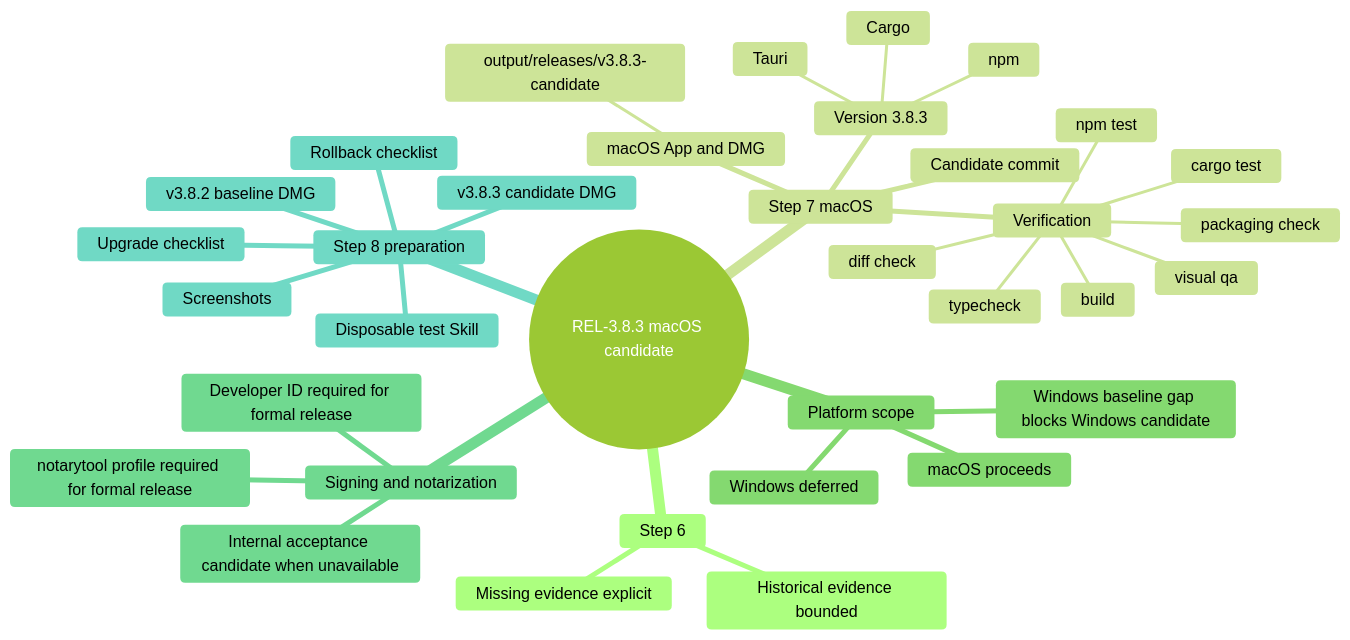
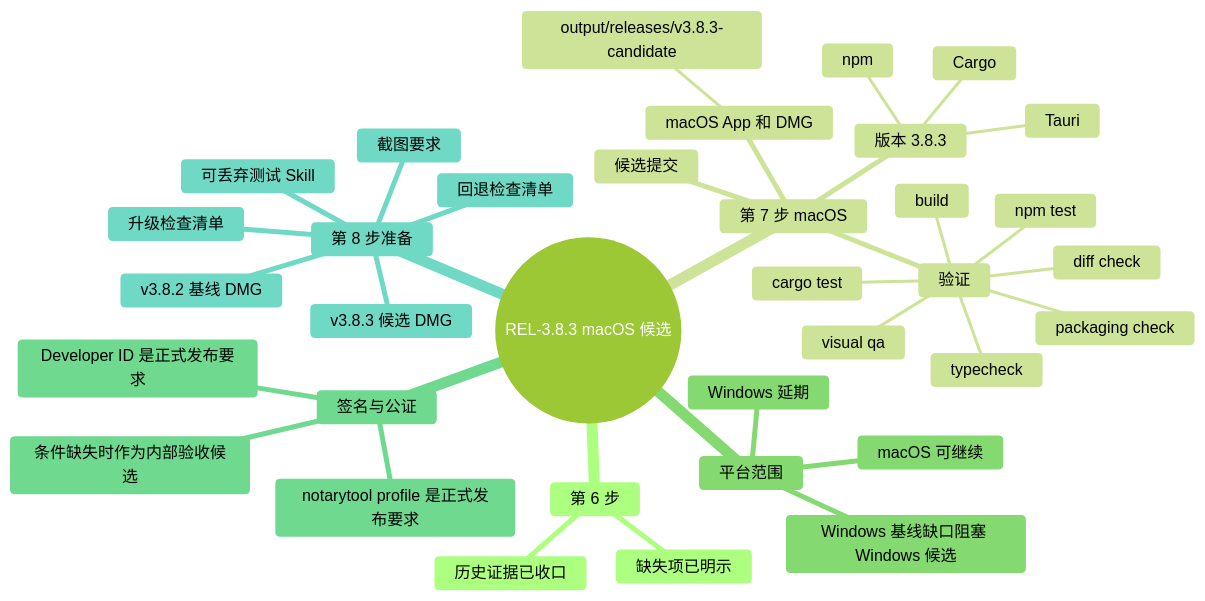
Before and after one commit to FengBuL/skill-panel: the diagram in SOP-mindmap.md, drawn with Mermaid (forest theme). The commit also changed other lines of this file and 8 other files, not shown here.

````diff
--- a/SOP-mindmap.md
+++ b/SOP-mindmap.md
@@ -11,38 +11,38 @@
 ```mermaid
 mindmap
-  root((REL-3.8.3 macOS candidate))
-    Step 6
-      Historical evidence bounded
-      Missing evidence explicit
-    Step 7 macOS
-      Version 3.8.3
+  root((REL-3.8.3 macOS 候选))
+    第 6 步
+      历史证据已收口
+      缺失项已明示
+    第 7 步 macOS
+      版本 3.8.3
         npm
         Tauri
         Cargo
-      Verification
+      验证
         npm test
         typecheck
         build
         packaging check
         cargo test
         visual qa
         diff check
-      Candidate commit
-      macOS App and DMG
+      候选提交
+      macOS App 和 DMG
         output/releases/v3.8.3-candidate
-    Platform scope
-      macOS proceeds
-      Windows deferred
-      Windows baseline gap blocks Windows candidate
-    Signing and notarization
-      Developer ID required for formal release
-      notarytool profile required for formal release
-      Internal acceptance candidate when unavailable
-    Step 8 preparation
-      v3.8.2 baseline DMG
-      v3.8.3 candidate DMG
-      Disposable test Skill
-      Upgrade checklist
-      Rollback checklist
-      Screenshots
+    平台范围
+      macOS 可继续
+      Windows 延期
+      Windows 基线缺口阻塞 Windows 候选
+    签名与公证
+      Developer ID 是正式发布要求
+      notarytool profile 是正式发布要求
+      条件缺失时作为内部验收候选
+    第 8 步准备
+      v3.8.2 基线 DMG
+      v3.8.3 候选 DMG
+      可丢弃测试 Skill
+      升级检查清单
+      回退检查清单
+      截图要求
 ```
````
